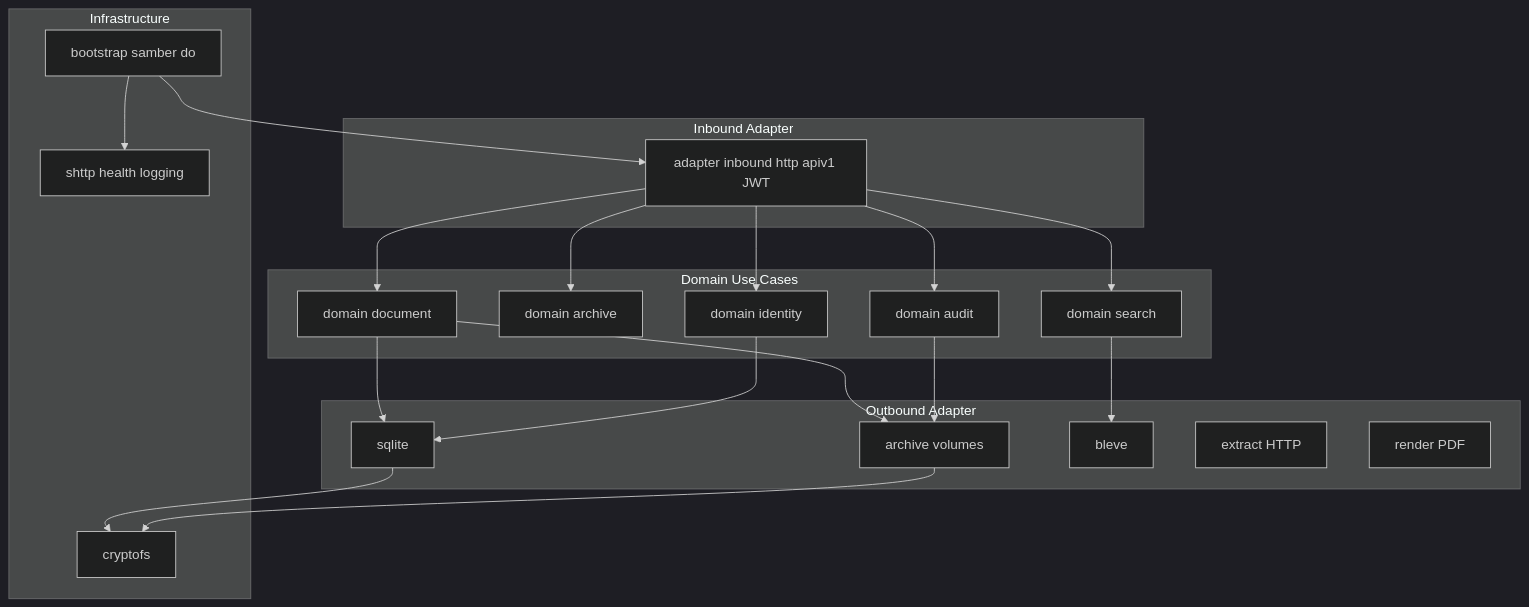
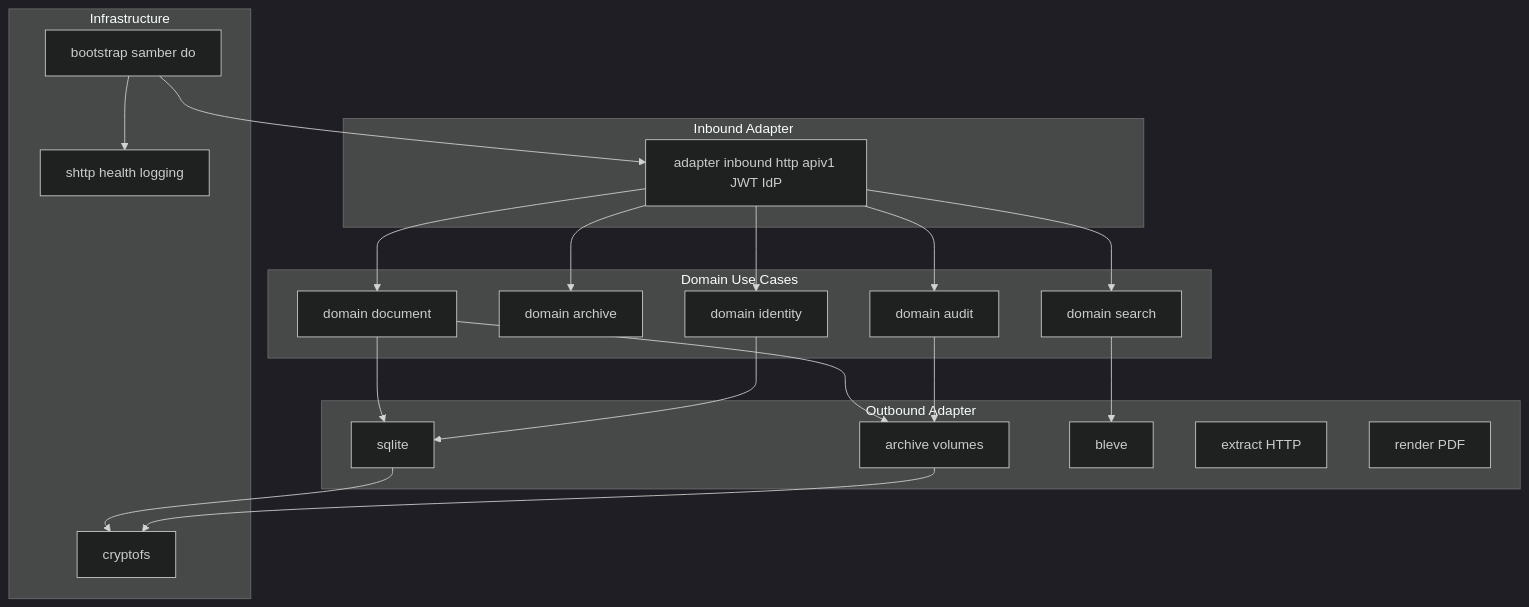
Before and after one commit to willie68/arcivio: the second of 2 diagrams in PLAN.md, drawn with Mermaid (dark theme). The commit also changed other lines of this file and 1 other file, not shown here.

````diff
--- a/PLAN.md
+++ b/PLAN.md
@@ -98,39 +103,39 @@
 ```mermaid
 flowchart TB
   subgraph inbound [Inbound Adapter]
-    HTTP[adapter inbound http apiv1 JWT]
+    HTTP[adapter inbound http apiv1 JWT IdP]
   end
   subgraph app [Domain Use Cases]
     Doc[domain document]
     ArchD[domain archive]
     SearchD[domain search]
     AuthD[domain identity]
     AuditD[domain audit]
   end
   subgraph outbound [Outbound Adapter]
     SQL[sqlite]
     Vol[archive volumes]
     Bleve[bleve]
     Ext[extract HTTP]
     Rend[render PDF]
   end
   subgraph infra [Infrastructure]
     SHttp[shttp health logging]
     Crypto[cryptofs]
     Boot[bootstrap samber do]
   end
   HTTP --> Doc
   HTTP --> ArchD
   HTTP --> SearchD
   HTTP --> AuthD
   HTTP --> AuditD
   Doc --> SQL
   Doc --> Vol
   SearchD --> Bleve
   AuthD --> SQL
   AuditD --> Vol
   SQL --> Crypto
   Vol --> Crypto
   Boot --> HTTP
   Boot --> SHttp
 ```
````
